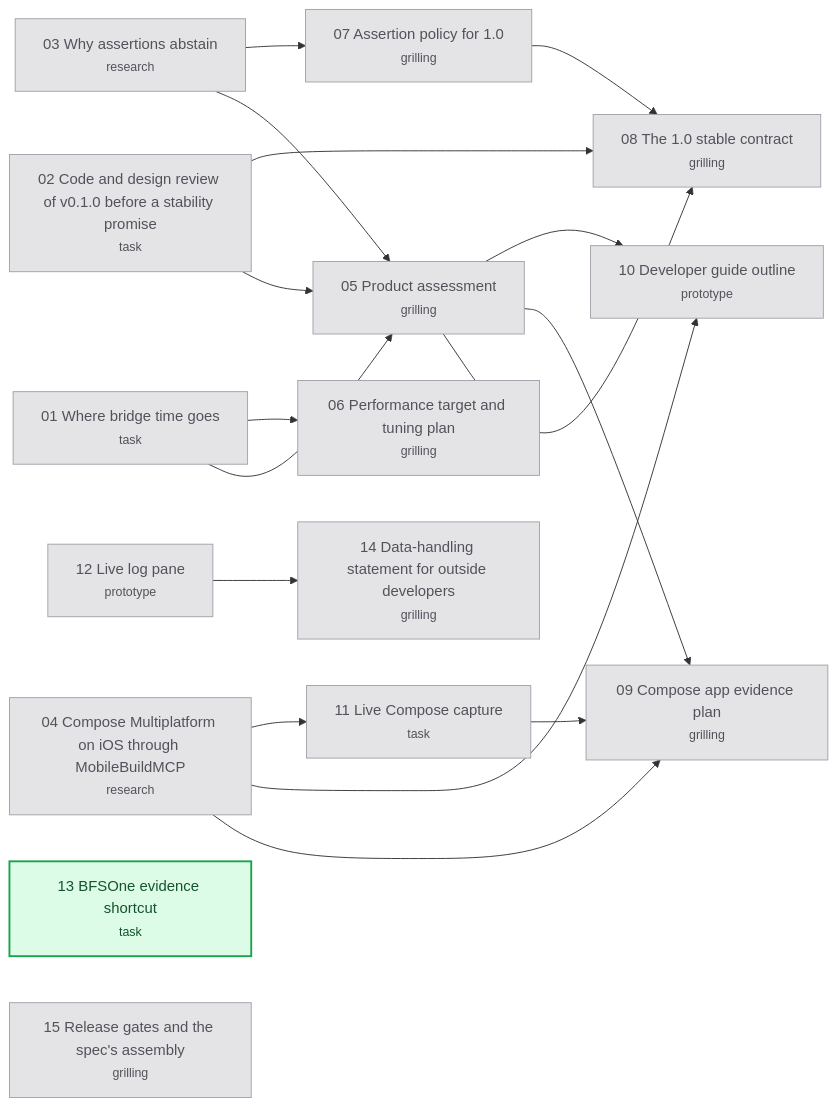
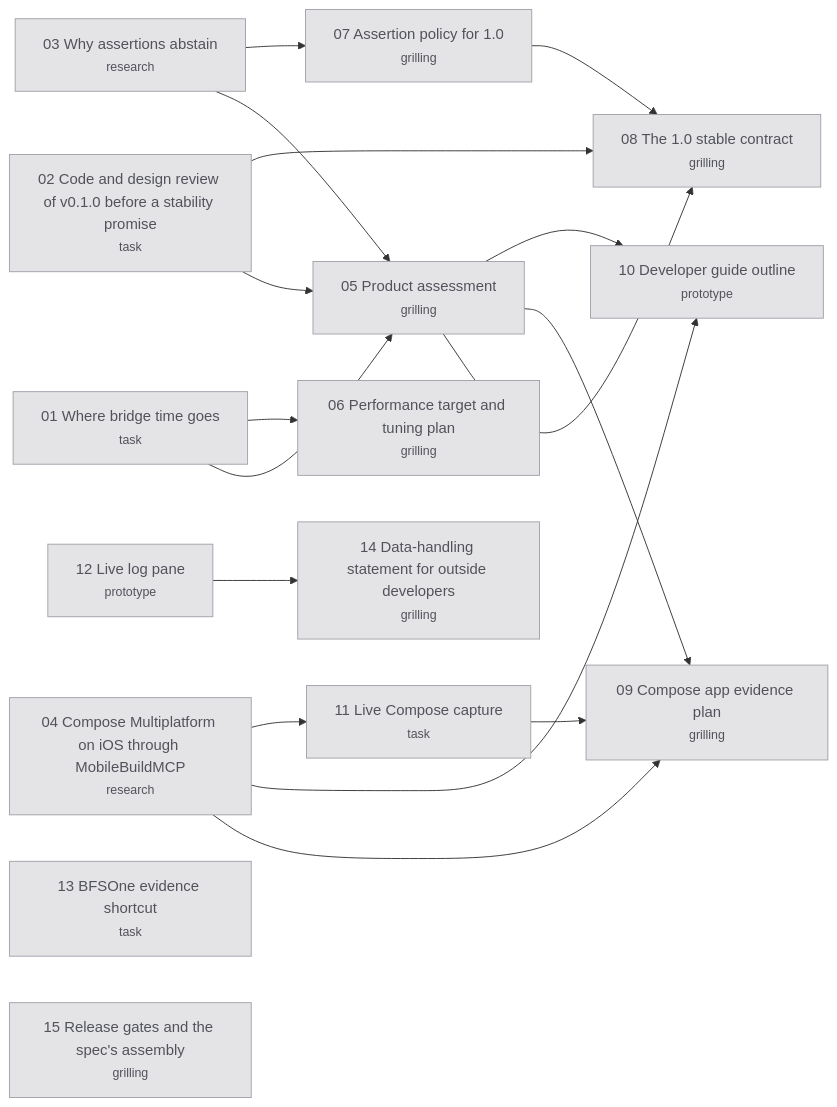
The diagram in .scratch/v1-release/map.md (hugues-vnsgn/jev-ios-bridge), drawn with Mermaid before and after one commit. The commit also changed other lines of this file and 3 other files, not shown here.

````diff
--- a/.scratch/v1-release/map.md
+++ b/.scratch/v1-release/map.md
@@ -53,39 +53,38 @@
 ```mermaid
 flowchart LR
     T01["01 Where bridge time goes<br/><small>task</small>"]
     T02["02 Code and design review of v0.1.0 before a stability promise<br/><small>task</small>"]
     T03["03 Why assertions abstain<br/><small>research</small>"]
     T04["04 Compose Multiplatform on iOS through MobileBuildMCP<br/><small>research</small>"]
     T05["05 Product assessment<br/><small>grilling</small>"]
     T06["06 Performance target and tuning plan<br/><small>grilling</small>"]
     T07["07 Assertion policy for 1.0<br/><small>grilling</small>"]
     T08["08 The 1.0 stable contract<br/><small>grilling</small>"]
     T09["09 Compose app evidence plan<br/><small>grilling</small>"]
     T10["10 Developer guide outline<br/><small>prototype</small>"]
     T11["11 Live Compose capture<br/><small>task</small>"]
     T12["12 Live log pane<br/><small>prototype</small>"]
     T13["13 BFSOne evidence shortcut<br/><small>task</small>"]
     T14["14 Data-handling statement for outside developers<br/><small>grilling</small>"]
     T15["15 Release gates and the spec's assembly<br/><small>grilling</small>"]
     T01 --> T05
     T02 --> T05
     T03 --> T05
     T01 --> T06
     T03 --> T07
     T02 --> T08
     T05 --> T08
     T07 --> T08
     T04 --> T09
     T05 --> T09
     T11 --> T09
     T04 --> T10
     T05 --> T10
     T04 --> T11
     T12 --> T14
     classDef resolved fill:#e4e4e7,stroke:#a1a1aa,color:#52525b
     classDef claimed fill:#dbeafe,stroke:#2563eb,color:#1e3a8a
     classDef frontier fill:#dcfce7,stroke:#16a34a,color:#14532d,stroke-width:2px
     classDef blocked fill:#ffffff,stroke:#a1a1aa,color:#18181b
-    class T01,T02,T03,T04,T05,T06,T07,T08,T09,T10,T11,T12,T14,T15 resolved
-    class T13 frontier
+    class T01,T02,T03,T04,T05,T06,T07,T08,T09,T10,T11,T12,T13,T14,T15 resolved
 ```
````
